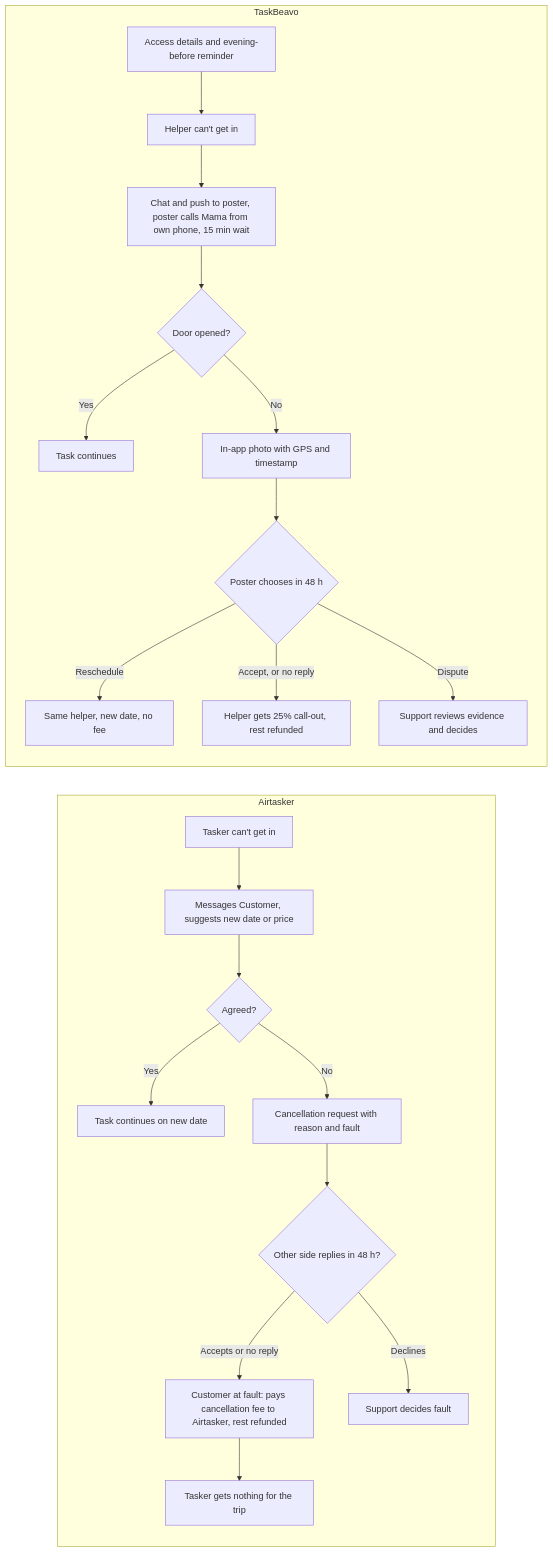
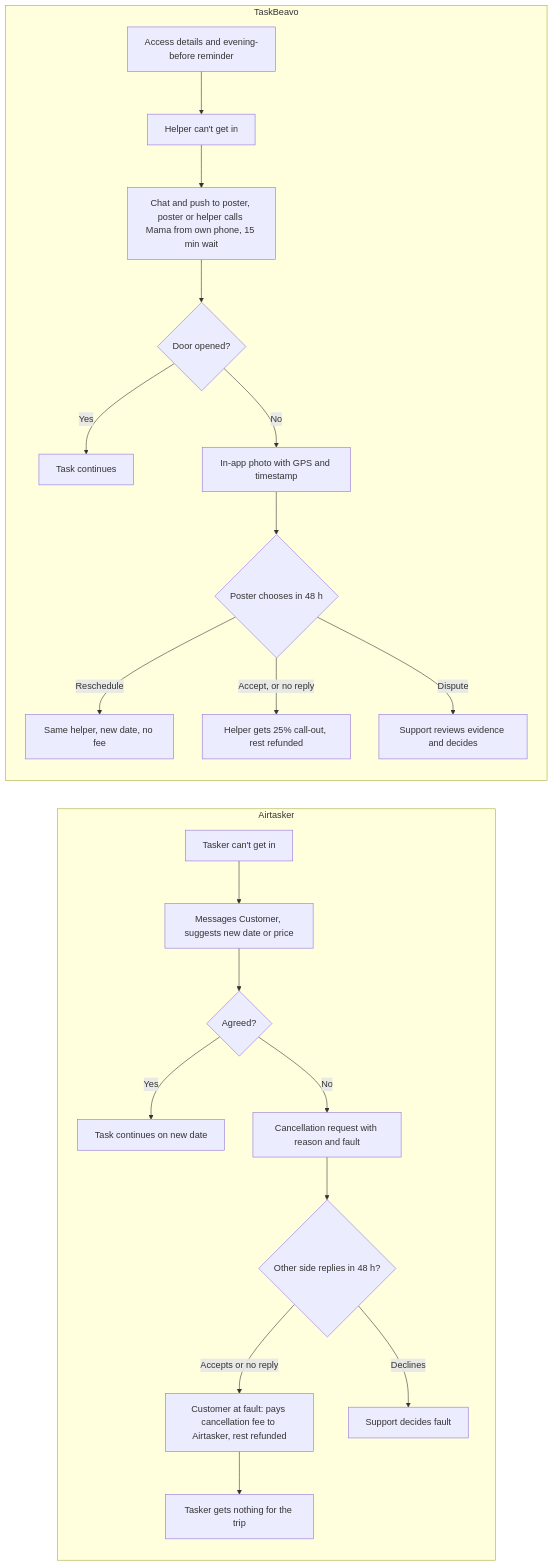
Before and after one commit to tstampfel/taskbeavo-showcase: the seventh of 32 diagrams in docs/PLAN.md, drawn with Mermaid. The commit also changed other lines of this file and 5 other files, not shown here.

````diff
--- a/docs/PLAN.md
+++ b/docs/PLAN.md
@@ -538,24 +538,24 @@
 ```mermaid
 flowchart LR
     subgraph AT["Airtasker"]
         A1["Tasker can't get in"] --> A2["Messages Customer, suggests new date or price"]
         A2 --> A3{"Agreed?"}
         A3 -->|Yes| A4["Task continues on new date"]
         A3 -->|No| A5["Cancellation request with reason and fault"]
         A5 --> A6{"Other side replies in 48 h?"}
         A6 -->|"Accepts or no reply"| A7["Customer at fault: pays cancellation fee to Airtasker, rest refunded"]
         A6 -->|Declines| A8["Support decides fault"]
         A7 --> A9["Tasker gets nothing for the trip"]
     end
     subgraph TB["TaskBeavo"]
         B0["Access details and evening-before reminder"] --> B1["Helper can't get in"]
-        B1 --> B2["Chat and push to poster, poster calls Mama from own phone, 15 min wait"]
+        B1 --> B2["Chat and push to poster, poster or helper calls Mama from own phone, 15 min wait"]
         B2 --> B2a{"Door opened?"}
         B2a -->|Yes| B2b["Task continues"]
         B2a -->|No| B3["In-app photo with GPS and timestamp"]
         B3 --> B4{"Poster chooses in 48 h"}
         B4 -->|Reschedule| B5["Same helper, new date, no fee"]
         B4 -->|"Accept, or no reply"| B6["Helper gets 25% call-out, rest refunded"]
         B4 -->|Dispute| B7["Support reviews evidence and decides"]
     end
 ```
````
